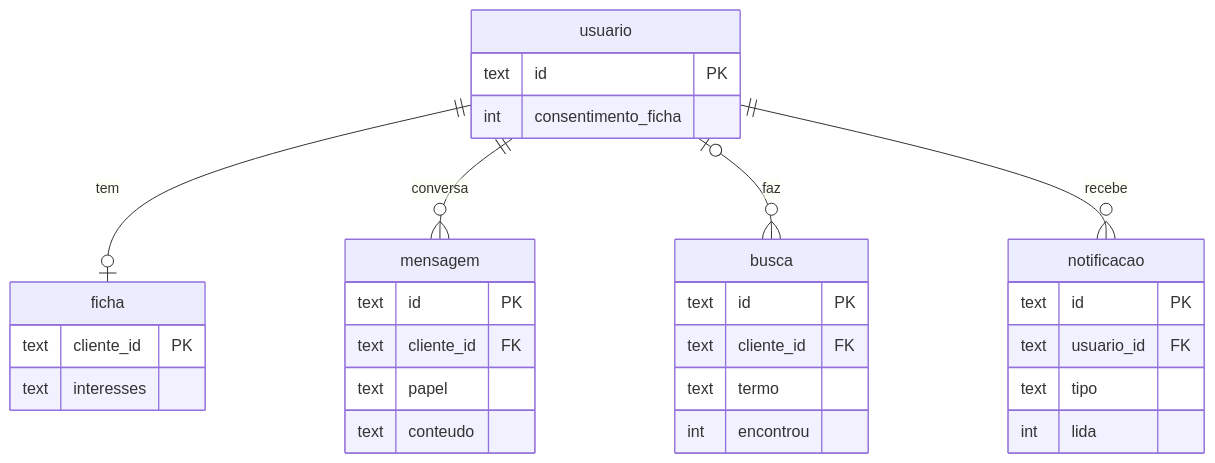
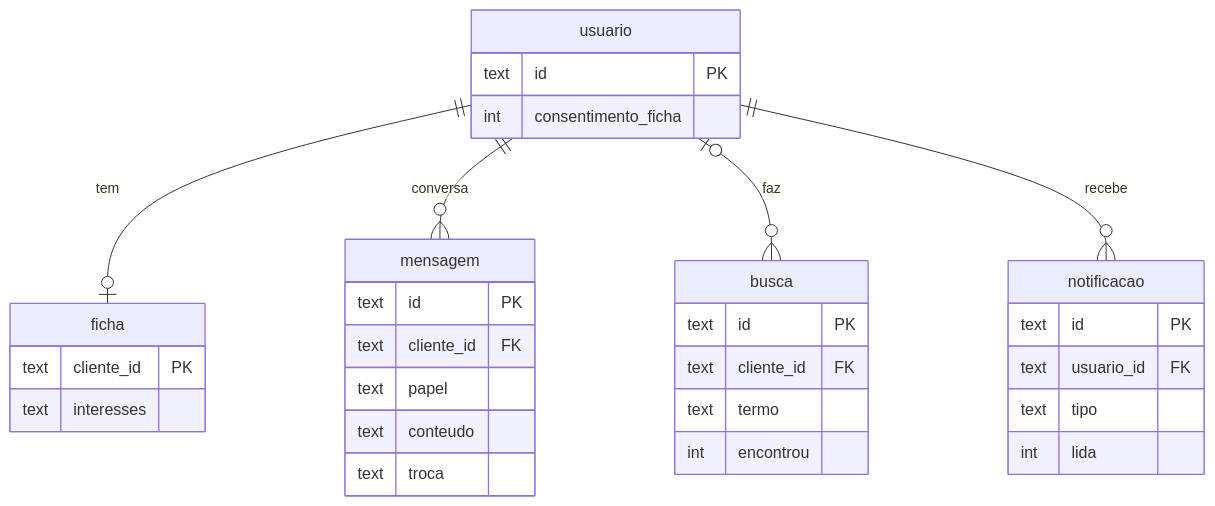
Before and after one commit to Gustavo16378/tyranitar-capim-dourado: the second of 3 diagrams in docs/banco.md, drawn with Mermaid. The commit also changed other lines of this file and 4 other files, not shown here.

````diff
--- a/docs/banco.md
+++ b/docs/banco.md
@@ -69,34 +69,35 @@
 ```mermaid
 erDiagram
   usuario ||--o| ficha : tem
   usuario ||--o{ mensagem : conversa
   usuario |o--o{ busca : faz
   usuario ||--o{ notificacao : recebe
 
   usuario {
     text id PK
     int consentimento_ficha
   }
   ficha {
     text cliente_id PK
     text interesses
   }
   mensagem {
     text id PK
     text cliente_id FK
     text papel
     text conteudo
+    text troca
   }
   busca {
     text id PK
     text cliente_id FK
     text termo
     int encontrou
   }
   notificacao {
     text id PK
     text usuario_id FK
     text tipo
     int lida
   }
 ```
````
